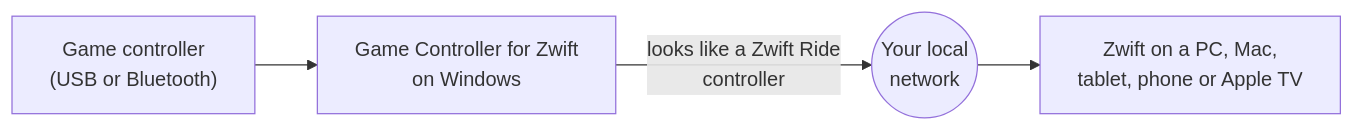
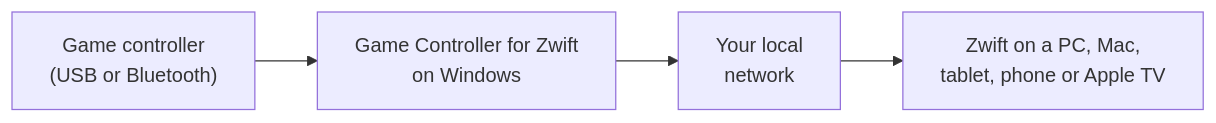
One commit to VoltageSolutions/GameControllerForZwift changed the diagram in docs/index.md. Above: the diagram before and after it, drawn with Mermaid. The commit also changed other lines of this file and 3 other files, not shown here.

````diff
--- a/docs/index.md
+++ b/docs/index.md
@@ -17,6 +17,5 @@
 ```mermaid
 flowchart LR
-    pad["Game controller<br/>(USB or Bluetooth)"] --> app["Game Controller for Zwift<br/>on Windows"]
-    app -->|"looks like a Zwift Ride<br/>controller"| lan(("Your local<br/>network"))
+    pad["Game controller<br/>(USB or Bluetooth)"] --> app["Game Controller for Zwift<br/>on Windows"] -->lan["Your local<br/>network"]
     lan --> zwift["Zwift on a PC, Mac,<br/>tablet, phone or Apple TV"]
 ```
````
